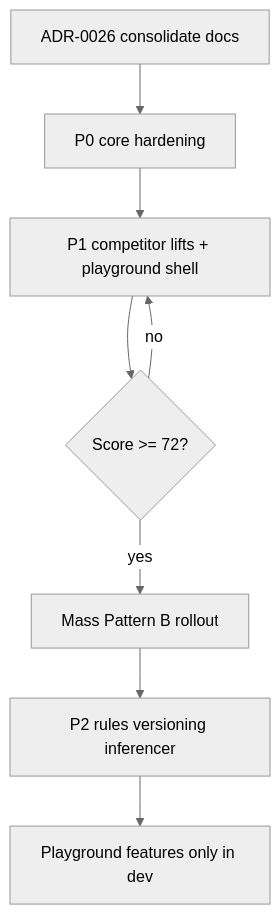
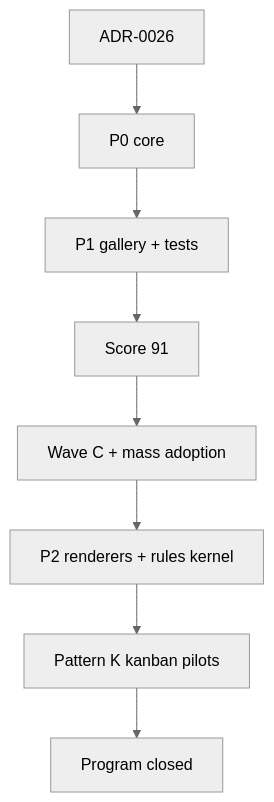
One commit to pohlai88/afenda-vercel changed the second of 2 diagrams in .cursor/plans/metadata_ui_maturity_audit_d18acb49.plan.md. Above: the diagram before and after it, drawn with Mermaid (neutral theme). The commit also changed other lines of this file and 966 other files, not shown here.

````diff
--- a/.cursor/plans/metadata_ui_maturity_audit_d18acb49.plan.md
+++ b/.cursor/plans/metadata_ui_maturity_audit_d18acb49.plan.md
@@ -408,10 +471,10 @@
 ```mermaid
 flowchart TD
-  Doc[ADR-0026 consolidate docs] --> P0[P0 core hardening]
-  P0 --> P1[P1 competitor lifts + playground shell]
-  P1 --> Score{Score >= 72?}
-  Score -->|yes| Mass[Mass Pattern B rollout]
-  Score -->|no| P1
-  Mass --> P2[P2 rules versioning inferencer]
-  P2 --> Play[Playground features only in dev]
+  Doc[ADR-0026] --> P0[P0 core]
+  P0 --> P1[P1 gallery + tests]
+  P1 --> Score[Score 91]
+  Score --> Mass[Wave C + mass adoption]
+  Mass --> P2[P2 renderers + rules kernel]
+  P2 --> PK[Pattern K kanban pilots]
+  PK --> Closed[Program closed]
 ```
````
